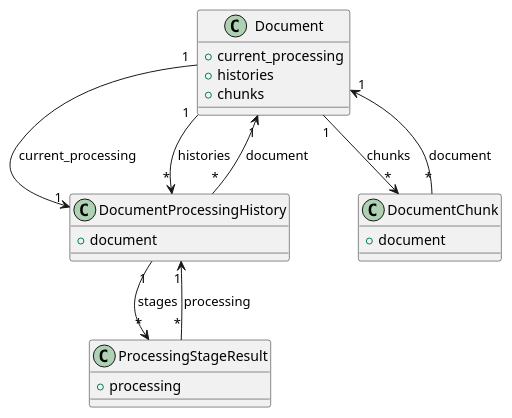
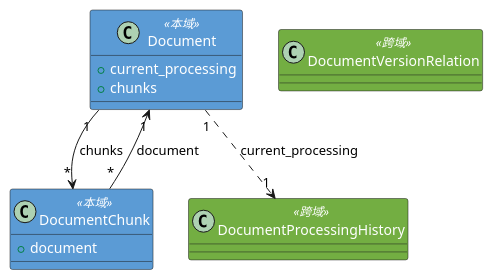
Before and after one commit to JazGung/knowlebase: the first of 2 diagrams in 文档管理/2.design.md, drawn with PlantUML. The commit also changed other lines of this file and 9 other files, not shown here.

````diff
--- a/文档管理/2.design.md
+++ b/文档管理/2.design.md
@@ -118,29 +82,33 @@
-```plantuml
+```puml
 @startuml
-class Document {
+skinparam class {
+  BackgroundColor<<本域>> #5B9BD5
+  FontColor<<本域>> white
+  AttributeFontColor<<本域>> white
+  StereotypeFontColor<<本域>> white
+  BackgroundColor<<跨域>> #73AE42
+  FontColor<<跨域>> white
+  AttributeFontColor<<跨域>> white
+  StereotypeFontColor<<跨域>> white
+}
+
+class Document <<本域>> {
     +current_processing
-    +histories
     +chunks
 }
 
-class DocumentProcessingHistory {
+class DocumentChunk <<本域>> {
     +document
 }
 
-class ProcessingStageResult {
-    +processing
+class "DocumentVersionRelation" as DocVerRelation <<跨域>> {
 }
 
-class DocumentChunk {
-    +document
+class "DocumentProcessingHistory" as ProcHistory <<跨域>> {
 }
 
-Document "1" --> "1" DocumentProcessingHistory : current_processing
-Document "1" --> "*" DocumentProcessingHistory : histories
-DocumentProcessingHistory "*" --> "1" Document : document
-DocumentProcessingHistory "1" --> "*" ProcessingStageResult : stages
-ProcessingStageResult "*" --> "1" DocumentProcessingHistory : processing
+Document "1" ..> "1" ProcHistory : current_processing
 Document "1" --> "*" DocumentChunk : chunks
 DocumentChunk "*" --> "1" Document : document
 @enduml
 ```
````
